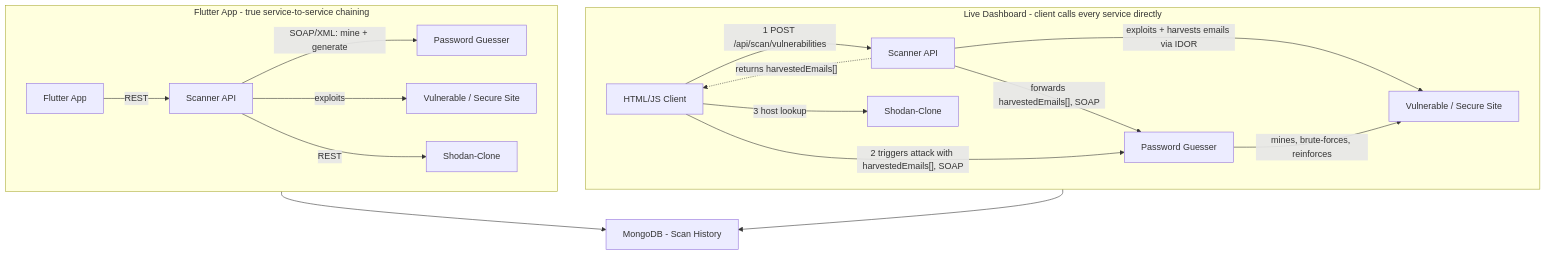
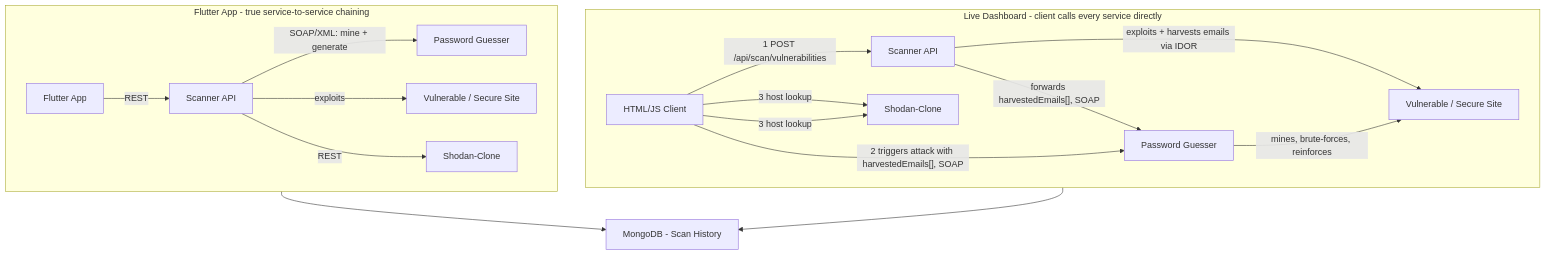
The diagram in README.md (ghassen1586-ui/security-scanner-project), drawn with Mermaid before and after one commit.

Commit message:
Architecture fixed

````diff
--- a/README.md
+++ b/README.md
@@ -20,25 +20,25 @@
 ```mermaid
 flowchart TB
     subgraph Dashboard["Live Dashboard - client calls every service directly"]
         direction LR
         Client["HTML/JS Client"]
         Client -->|"1 POST /api/scan/vulnerabilities"| Scanner1["Scanner API"]
         Scanner1 -->|"exploits + harvests emails via IDOR"| Target1["Vulnerable / Secure Site"]
         Scanner1 -->|"forwards harvestedEmails[], SOAP"| Guesser1["Password Guesser"]
-        Scanner1 -.->|"returns harvestedEmails[]"| Client
         Client -->|"2 triggers attack with harvestedEmails[], SOAP"| Guesser1
         Guesser1 -->|"mines, brute-forces, reinforces"| Target1
+        Client -->|"3 host lookup"| Shodan1["Shodan-Clone"]
         Client -->|"3 host lookup"| Shodan1["Shodan-Clone"]
     end
 
     subgraph Legacy["Flutter App - true service-to-service chaining"]
         direction LR
         Flutter["Flutter App"] -->|"REST"| Scanner2["Scanner API"]
         Scanner2 -->|"SOAP/XML: mine + generate"| Guesser2["Password Guesser"]
         Scanner2 -->|"exploits"| Target2["Vulnerable / Secure Site"]
         Scanner2 -->|"REST"| Shodan2["Shodan-Clone"]
     end
 
     Scanner1 --> Mongo["MongoDB - Scan History"]
     Scanner2 --> Mongo
 ```
````
